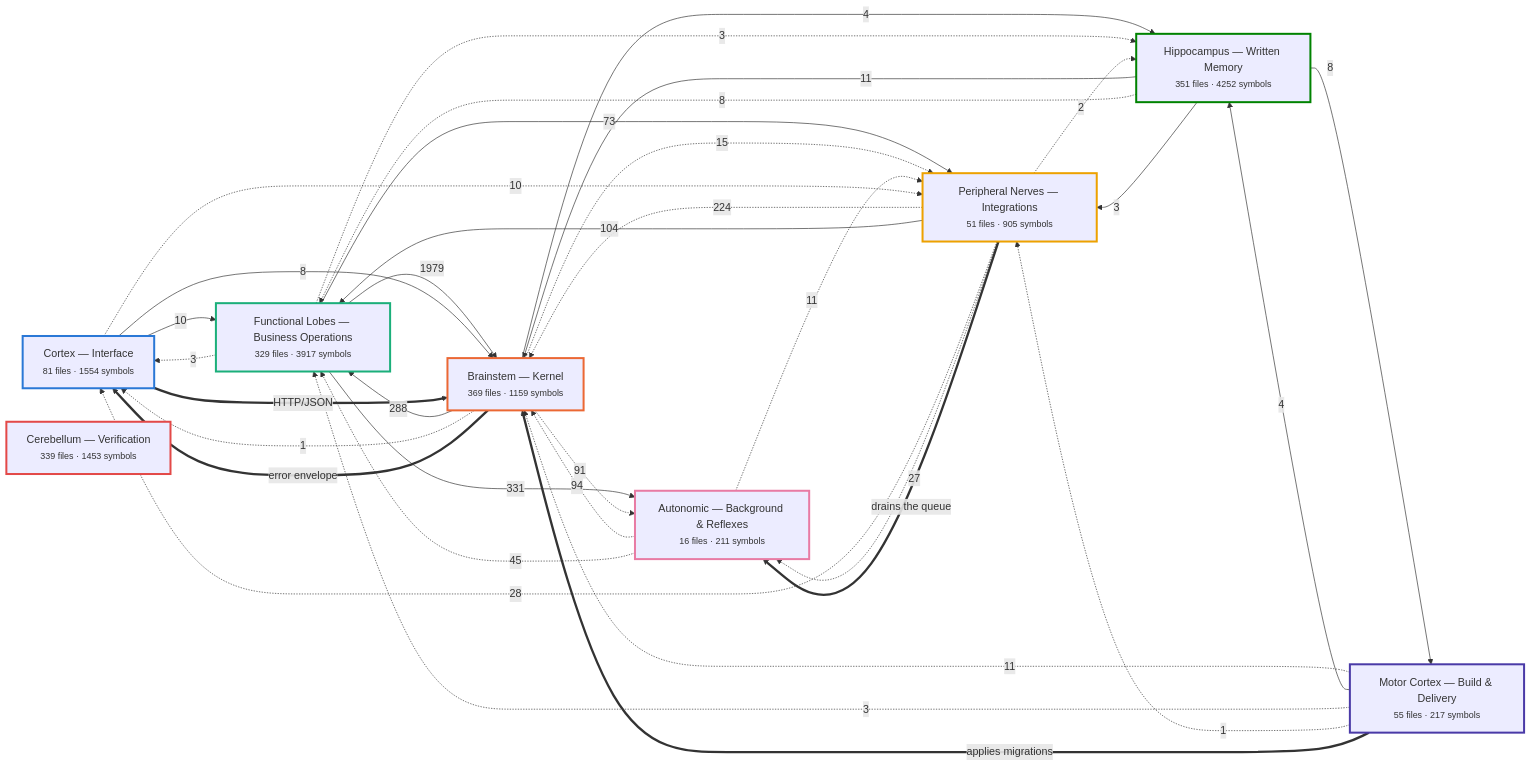
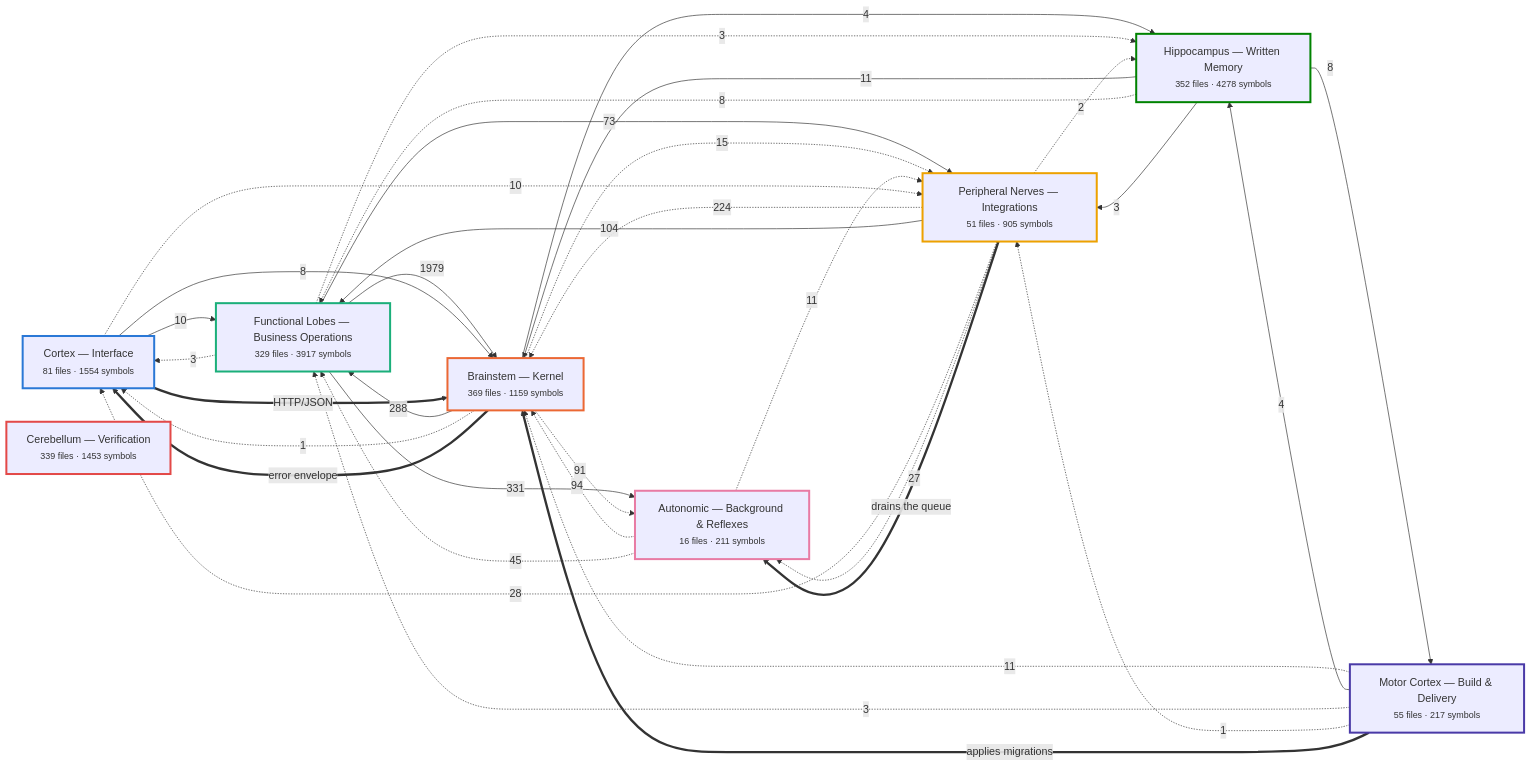
One commit to Vishalnayak226/custom_erp changed the first of 7 diagrams in docs/brain/BRAIN.md. Above: the diagram before and after it, drawn with Mermaid. The commit also changed other lines of this file and 24 other files, not shown here.

````diff
--- a/docs/brain/BRAIN.md
+++ b/docs/brain/BRAIN.md
@@ -35,60 +35,60 @@
 ```mermaid
 flowchart LR
   n_cortex["Cortex — Interface<br/><small>81 files · 1554 symbols</small>"]
   n_brainstem["Brainstem — Kernel<br/><small>369 files · 1159 symbols</small>"]
   n_business["Functional Lobes — Business Operations<br/><small>329 files · 3917 symbols</small>"]
   n_peripheral["Peripheral Nerves — Integrations<br/><small>51 files · 905 symbols</small>"]
   n_autonomic["Autonomic — Background & Reflexes<br/><small>16 files · 211 symbols</small>"]
-  n_memory["Hippocampus — Written Memory<br/><small>351 files · 4252 symbols</small>"]
+  n_memory["Hippocampus — Written Memory<br/><small>352 files · 4278 symbols</small>"]
   n_motor["Motor Cortex — Build & Delivery<br/><small>55 files · 217 symbols</small>"]
   n_verification["Cerebellum — Verification<br/><small>339 files · 1453 symbols</small>"]
   n_business -->|1979| n_brainstem
   n_business -->|331| n_autonomic
   n_brainstem -->|288| n_business
   n_peripheral -.->|224| n_brainstem
   n_peripheral -->|104| n_business
   n_autonomic -.->|94| n_brainstem
   n_brainstem -.->|91| n_autonomic
   n_business -->|73| n_peripheral
   n_autonomic -.->|45| n_business
   n_peripheral -.->|28| n_cortex
   n_peripheral -.->|27| n_autonomic
   n_brainstem -.->|15| n_peripheral
   n_autonomic -.->|11| n_peripheral
   n_memory -->|11| n_brainstem
   n_motor -.->|11| n_brainstem
   n_cortex -->|10| n_business
   n_cortex -.->|10| n_peripheral
   n_cortex -->|8| n_brainstem
   n_memory -.->|8| n_business
   n_memory -->|8| n_motor
   n_brainstem -->|4| n_memory
   n_motor -->|4| n_memory
   n_business -.->|3| n_cortex
   n_business -.->|3| n_memory
   n_memory -->|3| n_peripheral
   n_motor -.->|3| n_business
   n_peripheral -.->|2| n_memory
   n_brainstem -.->|1| n_cortex
   n_motor -.->|1| n_peripheral
   n_brainstem ==>|error envelope| n_cortex
   n_cortex ==>|HTTP/JSON| n_brainstem
   n_motor ==>|applies migrations| n_brainstem
   n_peripheral ==>|drains the queue| n_autonomic
   classDef n_cortex stroke:#2a78d6,stroke-width:3px;
   class n_cortex n_cortex;
   classDef n_brainstem stroke:#eb6834,stroke-width:3px;
   class n_brainstem n_brainstem;
   classDef n_business stroke:#1baf7a,stroke-width:3px;
   class n_business n_business;
   classDef n_peripheral stroke:#eda100,stroke-width:3px;
   class n_peripheral n_peripheral;
   classDef n_autonomic stroke:#e87ba4,stroke-width:3px;
   class n_autonomic n_autonomic;
   classDef n_memory stroke:#008300,stroke-width:3px;
   class n_memory n_memory;
   classDef n_motor stroke:#4a3aa7,stroke-width:3px;
   class n_motor n_motor;
   classDef n_verification stroke:#e34948,stroke-width:3px;
   class n_verification n_verification;
 ```
````
